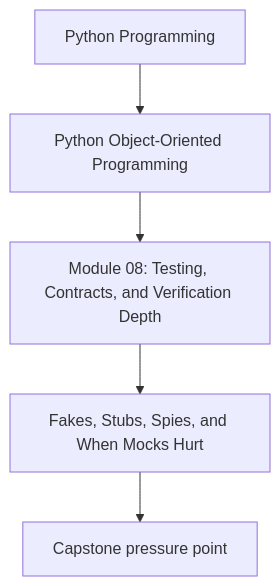
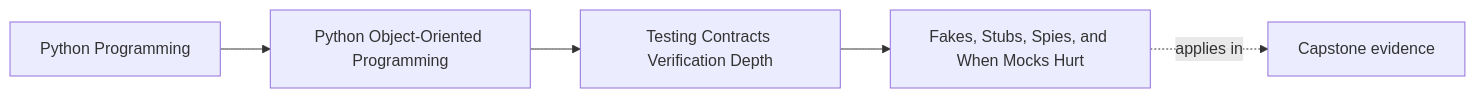
One commit to bijux/bijux-masterclass changed the first of 2 diagrams in programs/python-programming/python-object-oriented-programming/course-book/module-08-testing-contracts-verification-depth/fakes-stubs-spies-and-when-mocks-hurt.md. Above: the diagram before and after it, drawn with Mermaid. The commit also changed other lines of this file and 103 other files, not shown here.

Commit message:
docs(python-object-oriented-programming): map sustainment and capstone surfaces

````diff
--- a/programs/python-programming/python-object-oriented-programming/course-book/module-08-testing-contracts-verification-depth/fakes-stubs-spies-and-when-mocks-hurt.md
+++ b/programs/python-programming/python-object-oriented-programming/course-book/module-08-testing-contracts-verification-depth/fakes-stubs-spies-and-when-mocks-hurt.md
@@ -7,7 +7,11 @@
 ```mermaid
-flowchart TD
-  family["Python Programming"] --> program["Python Object-Oriented Programming"]
-  program --> module["Module 08: Testing, Contracts, and Verification Depth"]
-  module --> concept["Fakes, Stubs, Spies, and When Mocks Hurt"]
-  concept --> capstone["Capstone pressure point"]
+graph LR
+  family["Python Programming"]
+  program["Python Object-Oriented Programming"]
+  section["Testing Contracts Verification Depth"]
+  page["Fakes, Stubs, Spies, and When Mocks Hurt"]
+  capstone["Capstone evidence"]
+
+  family --> program --> section --> page
+  page -.applies in.-> capstone
 ```
````
